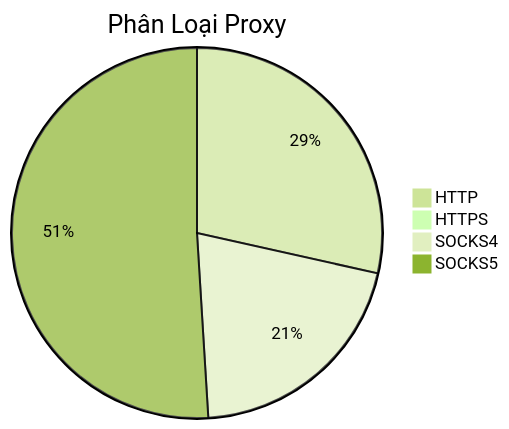
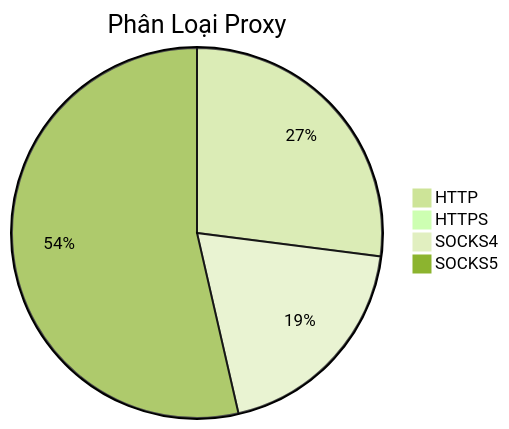
Before and after one commit to Ciara-12/PROXY-free: the diagram in README.md, drawn with Mermaid (forest theme). The commit also changed other lines of this file and 3 other files, not shown here.

````diff
--- a/README.md
+++ b/README.md
@@ -26,7 +26,7 @@
 ```mermaid
 pie title Phân Loại Proxy
-    "HTTP" : 468
+    "HTTP" : 477
     "HTTPS" : 0
-    "SOCKS4" : 337
-    "SOCKS5" : 837
+    "SOCKS4" : 342
+    "SOCKS5" : 946
 ```
````
